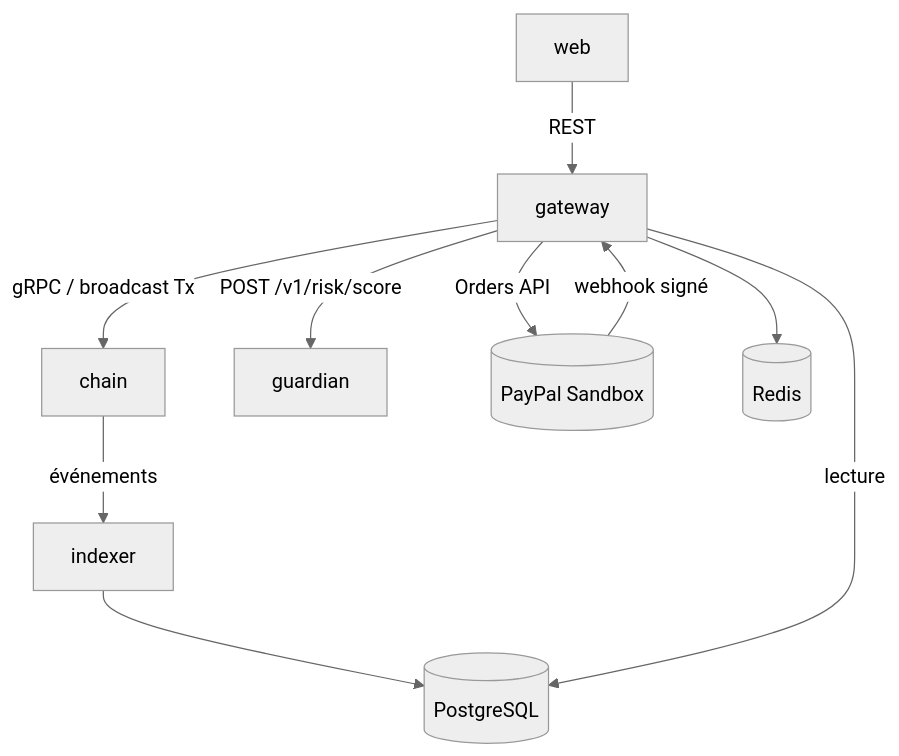
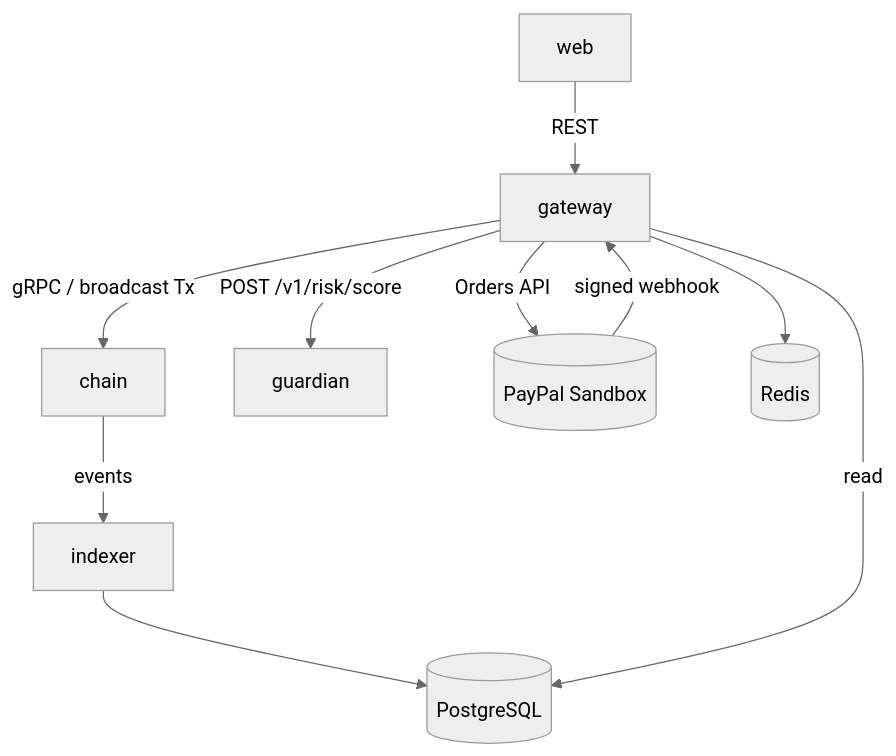
The first of 6 diagrams in docs/architecture/services.md (joeylukoji/Aurix), drawn with Mermaid (neutral theme) before and after one commit. The commit also changed other lines of this file and 6 other files, not shown here.

````diff
--- a/docs/architecture/services.md
+++ b/docs/architecture/services.md
@@ -14,12 +14,12 @@
 ```mermaid
 flowchart TB
     web[web] -->|REST| gateway
     gateway -->|gRPC / broadcast Tx| chain
     gateway -->|POST /v1/risk/score| guardian
     gateway -->|Orders API| paypal[(PayPal Sandbox)]
-    paypal -->|webhook signé| gateway
-    chain -->|événements| indexer
+    paypal -->|signed webhook| gateway
+    chain -->|events| indexer
     indexer --> postgres[(PostgreSQL)]
-    gateway -->|lecture| postgres
+    gateway -->|read| postgres
     gateway --> redis[(Redis)]
 ```
````
